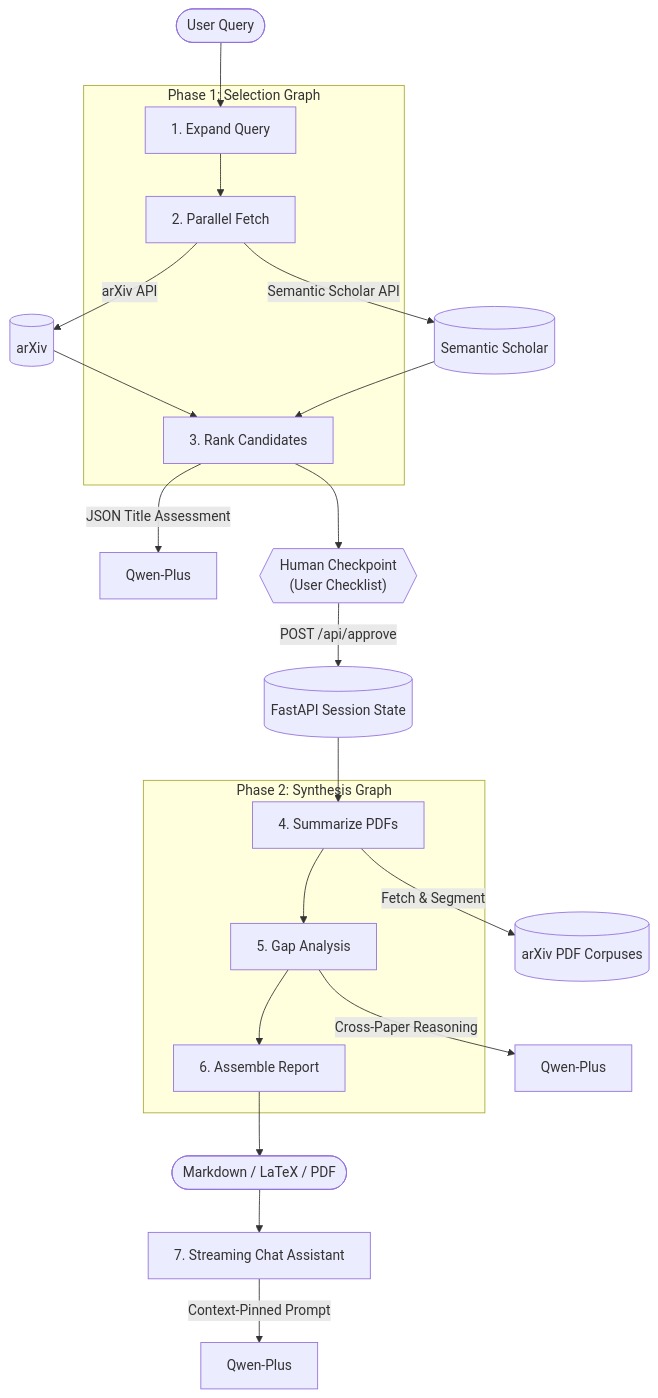
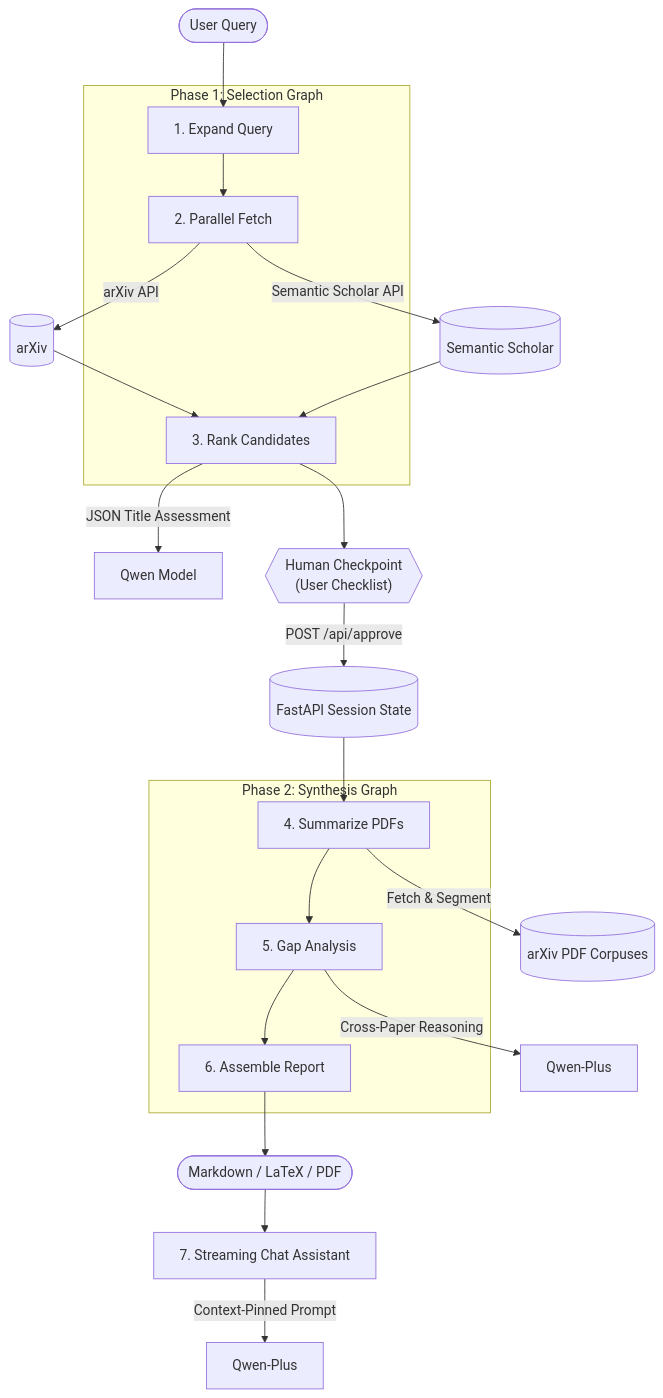
One commit to Waddah0-0/Thessori changed the diagram in README.md. Above: the diagram before and after it, drawn with Mermaid. The commit also changed other lines of this file, not shown here.

````diff
--- a/README.md
+++ b/README.md
@@ -20,36 +20,36 @@
 ```mermaid
 graph TD
     User([User Query]) --> Expand[1. Expand Query]
     Expand --> Fetch[2. Parallel Fetch]
     Fetch -->|arXiv API| arXiv[(arXiv)]
     Fetch -->|Semantic Scholar API| S2[(Semantic Scholar)]
     
     arXiv & S2 --> Rank[3. Rank Candidates]
-    Rank -->|JSON Title Assessment| QwenRank[Qwen-Plus]
+    Rank -->|JSON Title Assessment| QwenRank[Qwen Model]
     
     Rank --> Checkpoint{{"Human Checkpoint\n(User Checklist)"}}
     
     subgraph Phase 1: Selection Graph
         Expand
         Fetch
         Rank
     end
     
     Checkpoint -->|POST /api/approve| StateBridge[(FastAPI Session State)]
     
     StateBridge --> Summarize[4. Summarize PDFs]
     Summarize -->|Fetch & Segment| PDFs[(arXiv PDF Corpuses)]
     Summarize --> Gaps[5. Gap Analysis]
     Gaps -->|Cross-Paper Reasoning| QwenGaps[Qwen-Plus]
     Gaps --> Report[6. Assemble Report]
     Report --> Export([Markdown / LaTeX / PDF])
     
     subgraph Phase 2: Synthesis Graph
         Summarize
         Gaps
         Report
     end
     
     Export --> Chat[7. Streaming Chat Assistant]
     Chat -->|Context-Pinned Prompt| QwenChat[Qwen-Plus]
 ```
````
